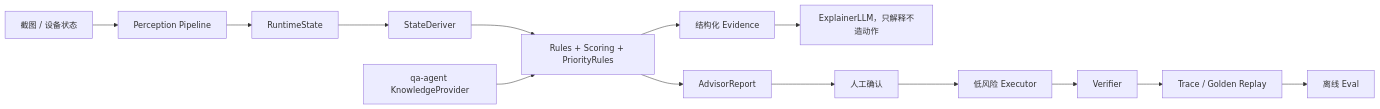
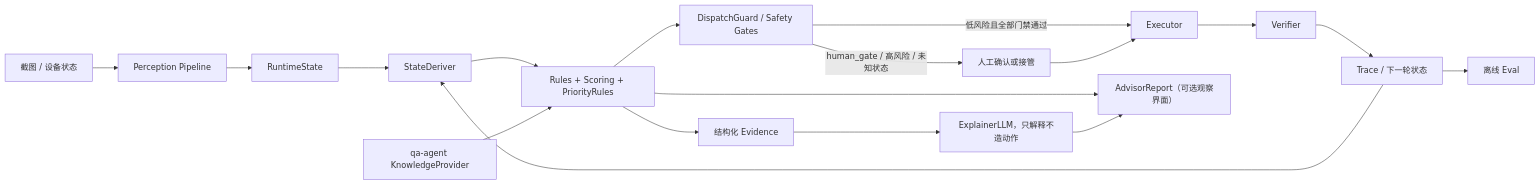
Before and after one commit to Muluoguiben/sanmou_monorepo: the diagram in docs/sanmou-monorepo-architecture-iteration-path.md, drawn with Mermaid. The commit also changed other lines of this file and 53 other files, not shown here.

````diff
--- a/docs/sanmou-monorepo-architecture-iteration-path.md
+++ b/docs/sanmou-monorepo-architecture-iteration-path.md
@@ -54,16 +56,20 @@
 ```mermaid
 flowchart LR
     Screenshot["截图 / 设备状态"] --> Perception["Perception Pipeline"]
     Perception --> RuntimeState["RuntimeState"]
     RuntimeState --> Deriver["StateDeriver"]
     Deriver --> Selector["Rules + Scoring + PriorityRules"]
     QA["qa-agent KnowledgeProvider"] --> Selector
     Selector --> Evidence["结构化 Evidence"]
     Evidence --> Explainer["ExplainerLLM，只解释不造动作"]
-    Selector --> Advisor["AdvisorReport"]
-    Advisor --> Human["人工确认"]
-    Human --> Executor["低风险 Executor"]
+    Selector --> DispatchGuard["DispatchGuard / Safety Gates"]
+    DispatchGuard -->|"低风险且全部门禁通过"| Executor["Executor"]
+    DispatchGuard -->|"human_gate / 高风险 / 未知状态"| Human["人工确认或接管"]
+    Human --> Executor
     Executor --> Verifier["Verifier"]
-    Verifier --> Trace["Trace / Golden Replay"]
+    Verifier --> Trace["Trace / 下一轮状态"]
+    Trace --> Deriver
     Trace --> Eval["离线 Eval"]
+    Selector --> Advisor["AdvisorReport（可选观察界面）"]
+    Explainer --> Advisor
 ```
````
